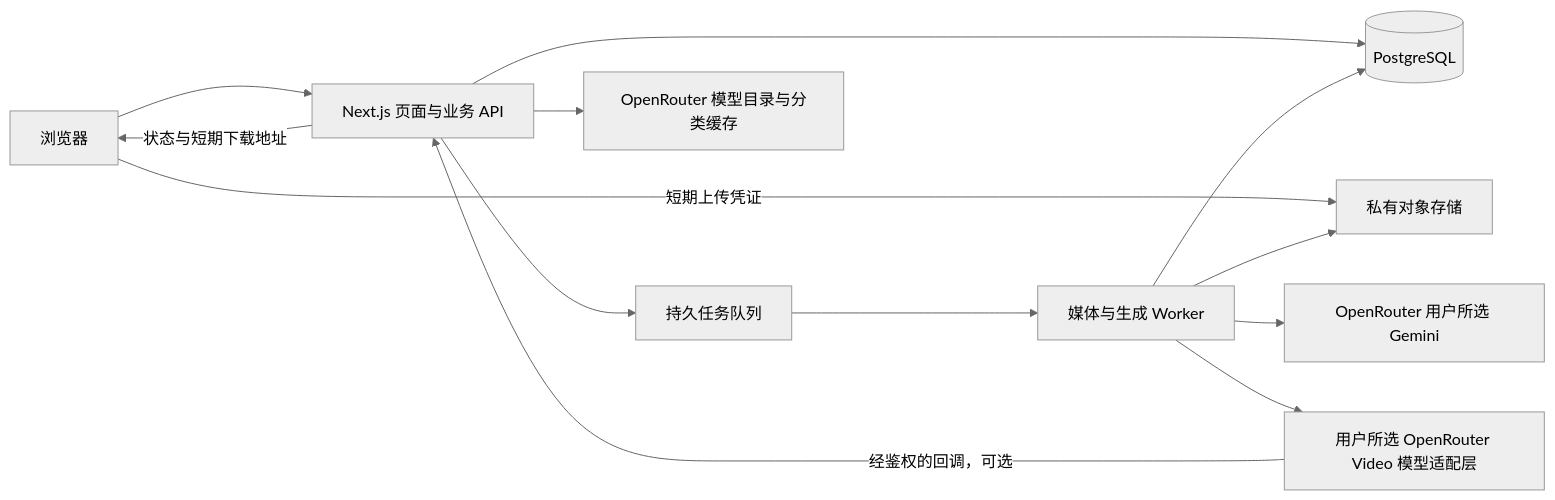
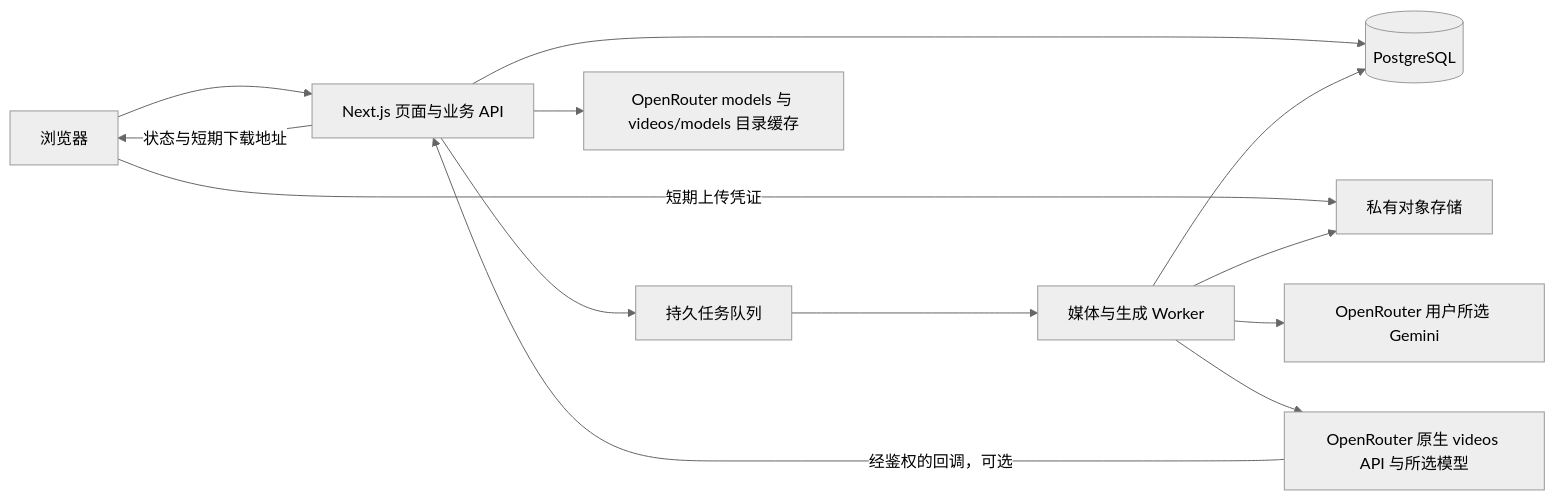
The diagram in plans/04-architecture.md (EthanYin-0701/jb-air-team-demo), drawn with Mermaid (neutral theme) before and after one commit. The commit also changed other lines of this file and 6 other files, not shown here.

Commit message:
Update API verification with confirmed OpenRouter endpoints

````diff
--- a/plans/04-architecture.md
+++ b/plans/04-architecture.md
@@ -11,15 +11,15 @@
 ```mermaid
 flowchart LR
   U[浏览器] --> N[Next.js 页面与业务 API]
   U -->|短期上传凭证| S[私有对象存储]
   N --> D[(PostgreSQL)]
   N --> Q[持久任务队列]
   Q --> W[媒体与生成 Worker]
   W --> S
-  N --> C[OpenRouter 模型目录与分类缓存]
+  N --> C[OpenRouter models 与 videos/models 目录缓存]
   W --> O[OpenRouter 用户所选 Gemini]
-  W --> V[用户所选 OpenRouter Video 模型适配层]
+  W --> V[OpenRouter 原生 videos API 与所选模型]
   V -->|经鉴权的回调，可选| N
   N -->|状态与短期下载地址| U
   W --> D
 ```
````
